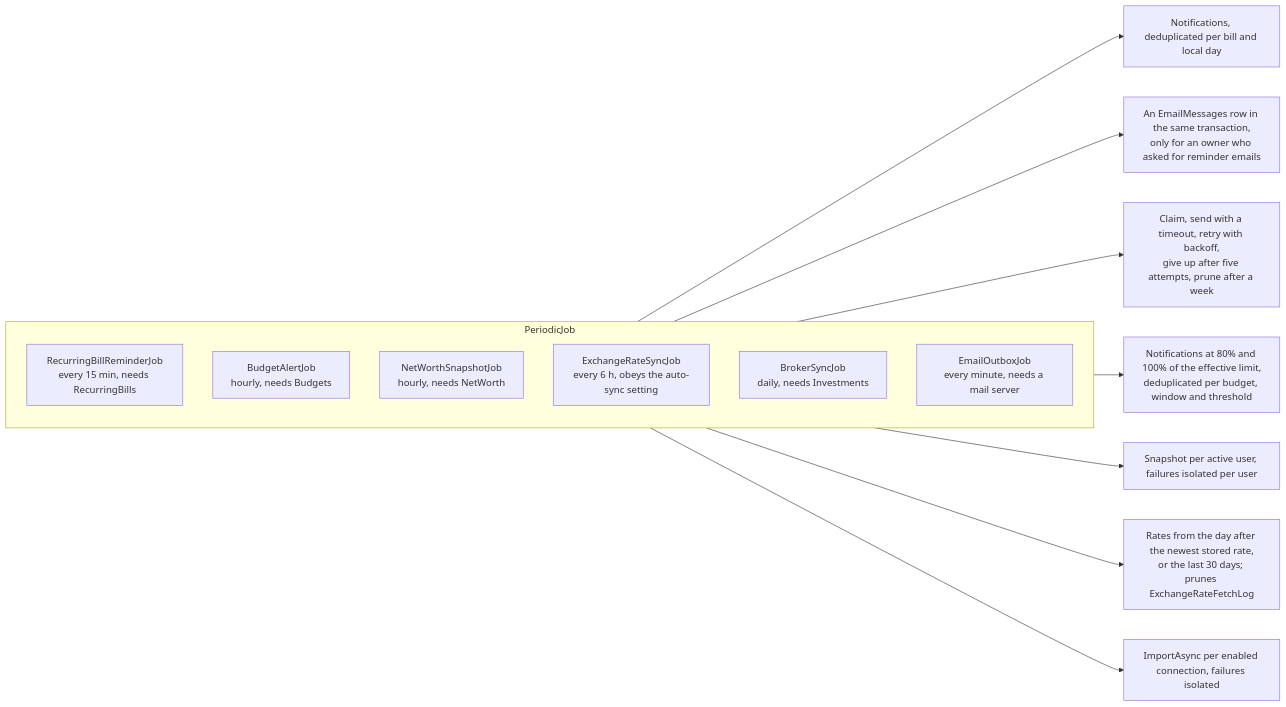
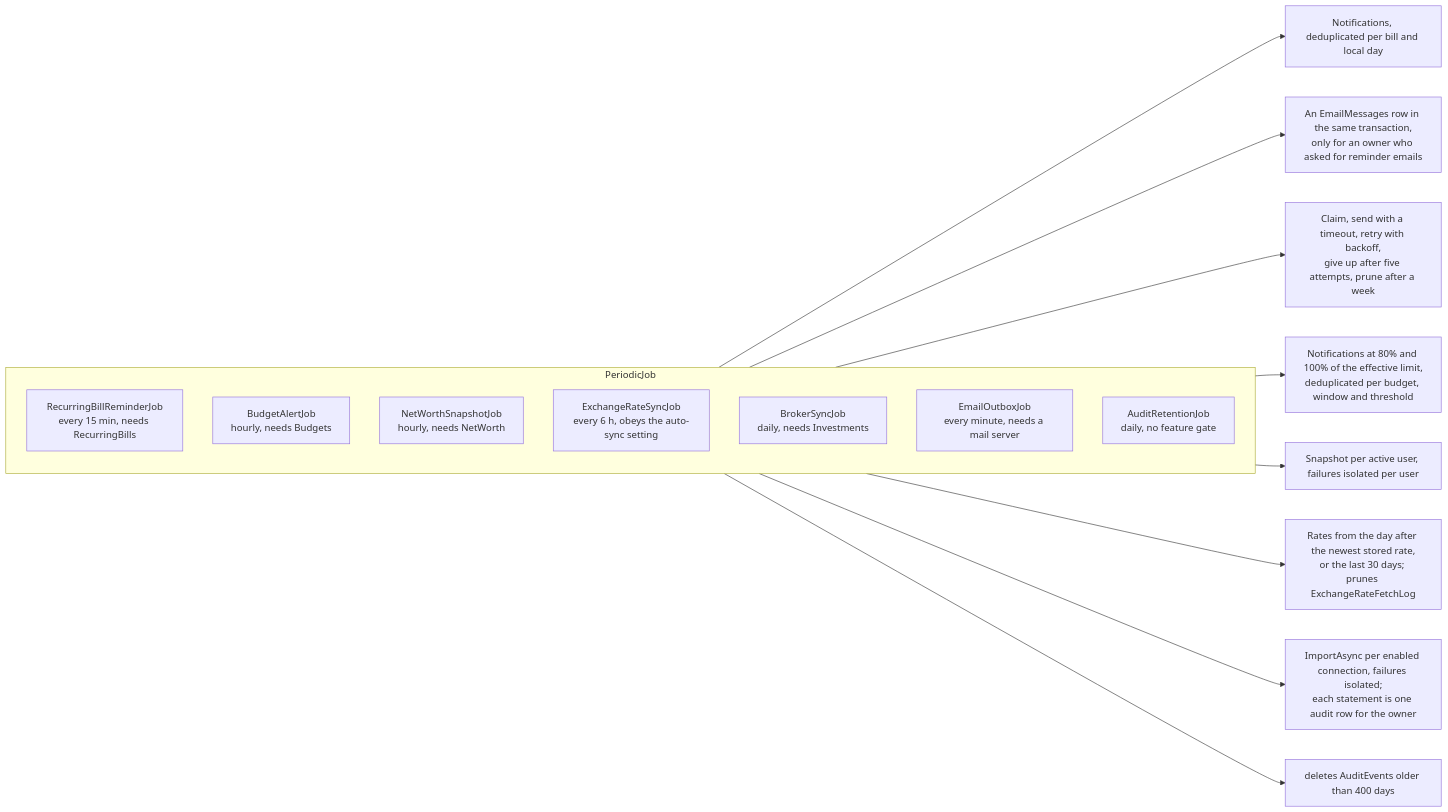
One commit to Justxs/Jx-Finance changed the first of 2 diagrams in docs/features/23. Background jobs.md. Above: the diagram before and after it, drawn with Mermaid. The commit also changed other lines of this file and 57 other files, not shown here.

````diff
--- a/docs/features/23. Background jobs.md
+++ b/docs/features/23. Background jobs.md
@@ -7,19 +7,21 @@
 ```mermaid
 flowchart LR
     subgraph PeriodicJob
         direction TB
         R["RecurringBillReminderJob<br/>every 15 min, needs RecurringBills"]
         A["BudgetAlertJob<br/>hourly, needs Budgets"]
         N["NetWorthSnapshotJob<br/>hourly, needs NetWorth"]
         E["ExchangeRateSyncJob<br/>every 6 h, obeys the auto-sync setting"]
         B["BrokerSyncJob<br/>daily, needs Investments"]
         M["EmailOutboxJob<br/>every minute, needs a mail server"]
+        L["AuditRetentionJob<br/>daily, no feature gate"]
     end
     R --> Notif["Notifications, deduplicated per bill and local day"]
     R --> Mail["An EmailMessages row in the same transaction,<br/>only for an owner who asked for reminder emails"]
     M --> Send["Claim, send with a timeout, retry with backoff,<br/>give up after five attempts, prune after a week"]
     A --> Alert["Notifications at 80% and 100% of the effective limit,<br/>deduplicated per budget, window and threshold"]
     N --> Snap["Snapshot per active user, failures isolated per user"]
     E --> Rates["Rates from the day after the newest stored rate,<br/>or the last 30 days; prunes ExchangeRateFetchLog"]
-    B --> Imp["ImportAsync per enabled connection, failures isolated"]
+    B --> Imp["ImportAsync per enabled connection, failures isolated;<br/>each statement is one audit row for the owner"]
+    L --> Prune["deletes AuditEvents older than 400 days"]
 ```
````
